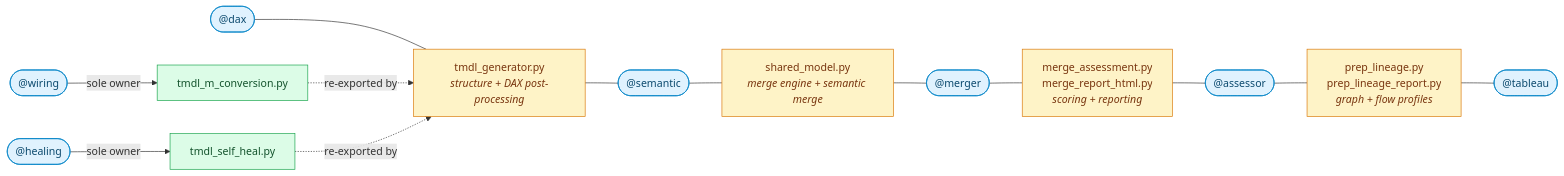
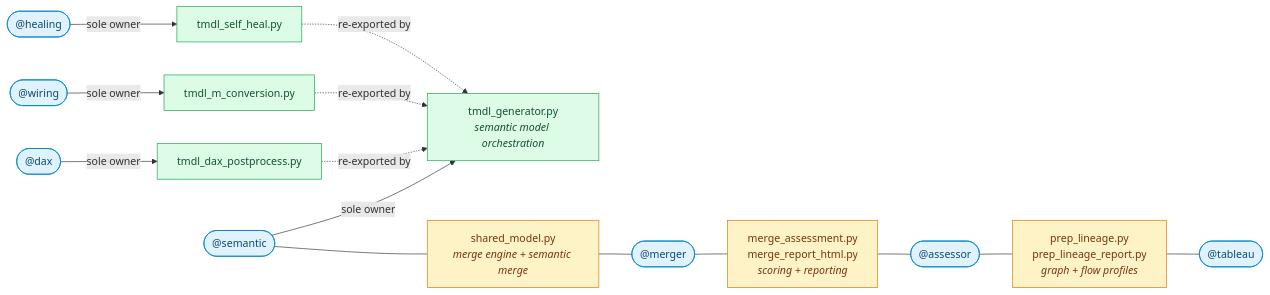
One commit to cyphou/TableauToPowerBI changed the second of 2 diagrams in docs/AGENTS.md. Above: the diagram before and after it, drawn with Mermaid. The commit also changed other lines of this file and 111 other files, not shown here.

````diff
--- a/docs/AGENTS.md
+++ b/docs/AGENTS.md
@@ -149,32 +149,35 @@
 ```mermaid
 flowchart LR
     DAXA(["@dax"]):::ag
     SEMA(["@semantic"]):::ag
     MRGA(["@merger"]):::ag
     ASSA(["@assessor"]):::ag
     TABA(["@tableau"]):::ag
     WIRA(["@wiring"]):::ag
     HEALA(["@healing"]):::ag
 
-    TMDL["tmdl_generator.py<br/><i>structure + DAX post-processing</i>"]:::sh
+    TMDL["tmdl_generator.py<br/><i>semantic model orchestration</i>"]:::solo
+    DPOST["tmdl_dax_postprocess.py"]:::solo
     SHM["shared_model.py<br/><i>merge engine + semantic merge</i>"]:::sh
     MASS["merge_assessment.py<br/>merge_report_html.py<br/><i>scoring + reporting</i>"]:::sh
     PLIN["prep_lineage.py<br/>prep_lineage_report.py<br/><i>graph + flow profiles</i>"]:::sh
 
     MCONV["tmdl_m_conversion.py"]:::solo
     SHEAL["tmdl_self_heal.py"]:::solo
 
-    DAXA --- TMDL --- SEMA
+    SEMA -->|sole owner| TMDL
+    DAXA -->|sole owner| DPOST
+    DPOST -.->|re-exported by| TMDL
     SEMA --- SHM --- MRGA
     MRGA --- MASS --- ASSA
     ASSA --- PLIN --- TABA
 
     WIRA -->|sole owner| MCONV
     HEALA -->|sole owner| SHEAL
     MCONV -.->|re-exported by| TMDL
     SHEAL -.->|re-exported by| TMDL
 
     classDef ag fill:#e0f2fe,stroke:#0284c7,color:#0c4a6e
     classDef sh fill:#fef3c7,stroke:#d97706,color:#78350f
     classDef solo fill:#dcfce7,stroke:#16a34a,color:#14532d
 ```
````
